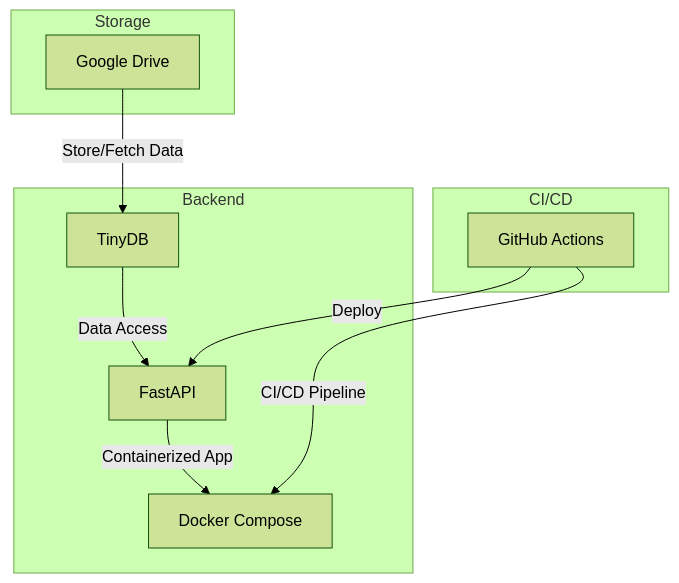
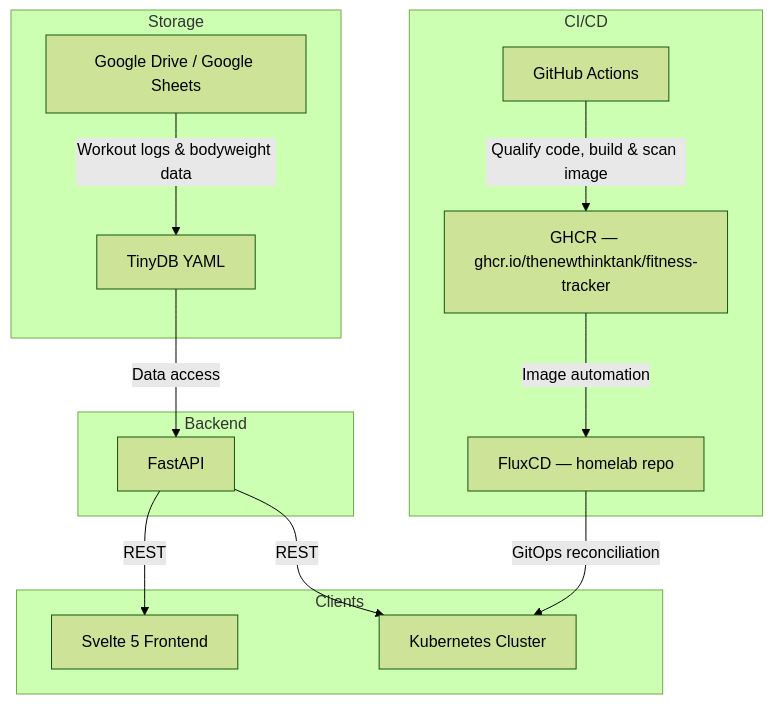
Before and after one commit to TheNewThinkTank/fitness-tracker: the diagram in docs/project_docs/architecture/architecture.md, drawn with Mermaid (forest theme). The commit also changed 69 other files, not shown here.

````diff
--- a/docs/project_docs/architecture/architecture.md
+++ b/docs/project_docs/architecture/architecture.md
@@ -3,22 +3,30 @@
 ```mermaid
 graph TD
-    A[Google Drive] -->|Store/Fetch Data| B[TinyDB]
-    B -->|Data Access| C[FastAPI]
-    C -->|Containerized App| D[Docker Compose]
-    E[GitHub Actions] -->|CI/CD Pipeline| D
-    E -->|Deploy| C
+    GD[Google Drive / Google Sheets] -->|Workout logs & bodyweight data| TDB[TinyDB YAML]
+    TDB -->|Data access| API[FastAPI]
+    API -->|REST| FE[Svelte 5 Frontend]
+    API -->|REST| K8S[Kubernetes Cluster]
+
+    subgraph Storage
+        GD
+        TDB
+    end
 
     subgraph Backend
-        B
-        C
-        D
+        API
     end
 
-    subgraph CI/CD
-        E
+    subgraph Clients
+        FE
+        K8S
     end
 
-    subgraph Storage
-        A
+    subgraph CI_CD [CI/CD]
+        GHA[GitHub Actions]
+        GHCR[GHCR — ghcr.io/thenewthinktank/fitness-tracker]
+        FLUX[FluxCD — homelab repo]
+        GHA -->|Qualify code, build & scan image| GHCR
+        GHCR -->|Image automation| FLUX
+        FLUX -->|GitOps reconciliation| K8S
     end
 ```
````
